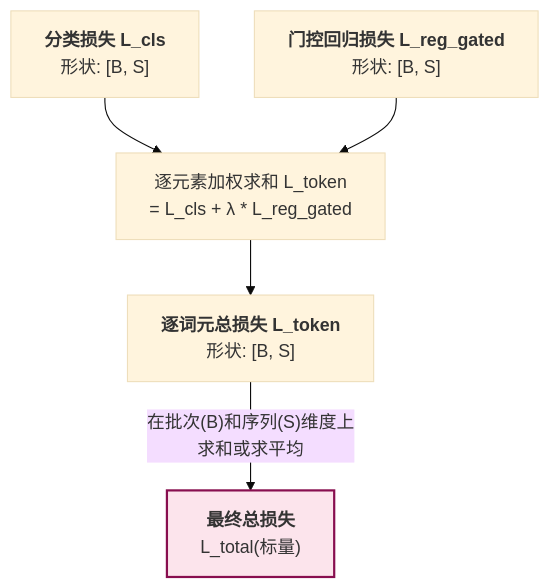
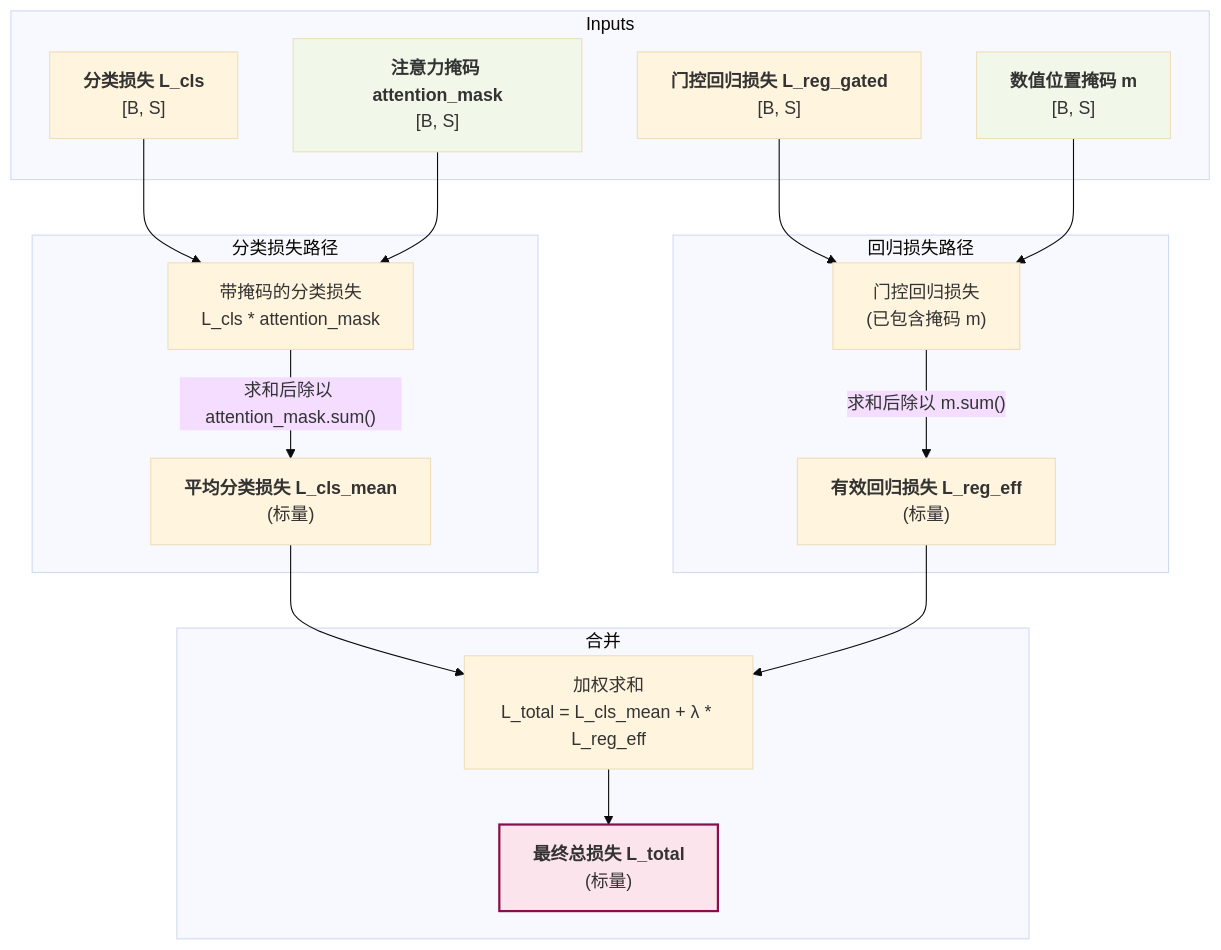
One commit to 1587causalai/CausalQwen changed the eighth of 8 diagrams in docs/mathematical_foundations.md. Above: the diagram before and after it, drawn with Mermaid (base theme). The commit also changed other lines of this file and 4 other files, not shown here.

````diff
--- a/docs/mathematical_foundations.md
+++ b/docs/mathematical_foundations.md
@@ -520,15 +533,28 @@
 ```mermaid
 graph TD
-    A["<b>分类损失 L_cls</b><br>形状: [B, S]"]
-    B["<b>门控回归损失 L_reg_gated</b><br>形状: [B, S]"]
+    subgraph "Inputs"
+        A["<b>分类损失 L_cls</b><br>[B, S]"]
+        B["<b>门控回归损失 L_reg_gated</b><br>[B, S]"]
+        C["<b>注意力掩码 attention_mask</b><br>[B, S]"]
+        D["<b>数值位置掩码 m</b><br>[B, S]"]
+    end
 
-    C[逐元素加权求和 L_token <br>= L_cls + λ * L_reg_gated]
-    A & B --> C
-    
-    C --> D["<b>逐词元总损失 L_token</b><br>形状: [B, S]"]
-    D -- "在批次(B)和序列(S)维度上<br>求和或求平均" --> E
+    subgraph "分类损失路径"
+        A & C --> E["带掩码的分类损失<br>L_cls * attention_mask"]
+        E -- "求和后除以 attention_mask.sum()" --> F["<b>平均分类损失 L_cls_mean</b><br>(标量)"]
+    end
 
-    E["<b>最终总损失</b><br> L_total(标量)"]
+    subgraph "回归损失路径"
+        B & D --> G["门控回归损失<br>(已包含掩码 m)"]
+        G -- "求和后除以 m.sum()" --> H["<b>有效回归损失 L_reg_eff</b><br>(标量)"]
+    end
 
-    style E fill:#fce4ec,stroke:#880e4f,stroke-width:2px
+    subgraph "合并"
+        F & H --> I["加权求和<br>L_total = L_cls_mean + λ * L_reg_eff"]
+        I --> J["<b>最终总损失 L_total</b><br>(标量)"]
+    end
+
+    style J fill:#fce4ec,stroke:#880e4f,stroke-width:2px
+    style C fill:#f1f8e9
+    style D fill:#f1f8e9
 ```
````
